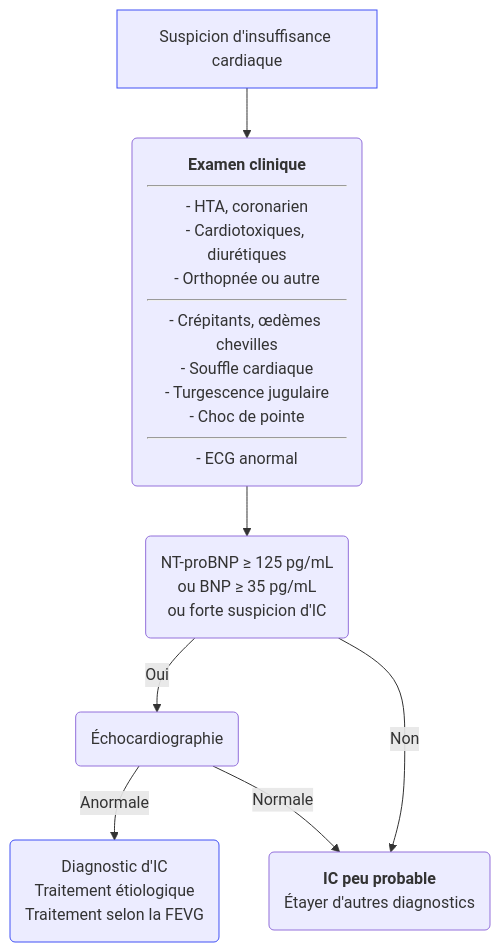
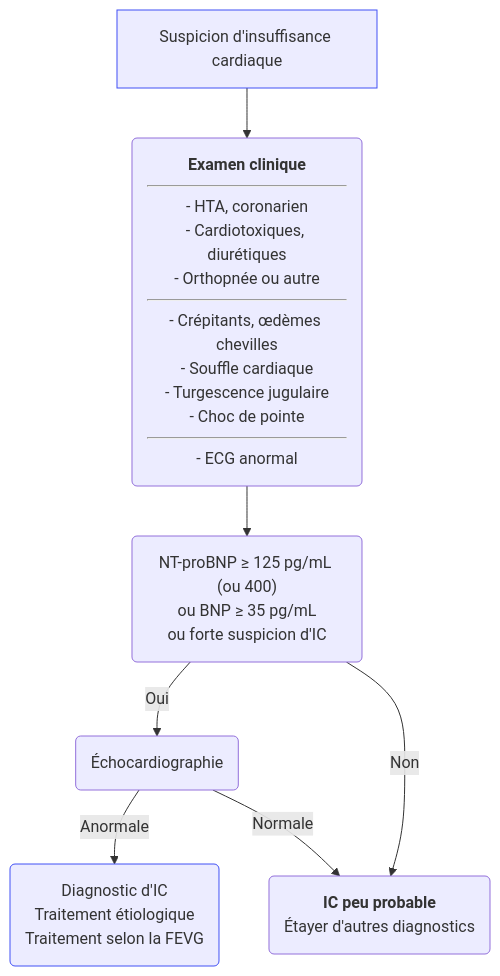
One commit to djibe/recommandations-medicales changed the first of 2 diagrams in content/recommandations/insuffisance-cardiaque-chronique.md. Above: the diagram before and after it, drawn with Mermaid. The commit also changed other lines of this file and 10 other files, not shown here.

```diff
--- a/content/recommandations/insuffisance-cardiaque-chronique.md
+++ b/content/recommandations/insuffisance-cardiaque-chronique.md
@@ -435,12 +435,12 @@
 {{< mermaid title="Prise en charge pour le diagnostic de l'insuffisance cardiaque chronique. Dr JB Fron d'après ESC 2021" >}}
 graph TB
 suspicion[Suspicion d'insuffisance cardiaque]
 style suspicion stroke:#4150f5, stroke-width:1px
   suspicion --> clinique("<b>Examen clinique</b><hr>- HTA, coronarien<br>- Cardiotoxiques, diurétiques<br>- Orthopnée ou autre<hr>- Crépitants, œdèmes chevilles<br>- Souffle cardiaque<br>- Turgescence jugulaire<br>- Choc de pointe<hr>- ECG anormal")
-    clinique --> BNP("NT-proBNP ≥ 125 pg/mL<br>ou BNP ≥ 35 pg/mL<br>ou forte suspicion d'IC")
+    clinique --> BNP("NT-proBNP ≥ 125 pg/mL (ou 400)<br>ou BNP ≥ 35 pg/mL<br>ou forte suspicion d'IC")
       BNP -- Oui --> ETT(Échocardiographie)
         ETT -- Anormale --> diagnostic("Diagnostic d'IC<br>Traitement étiologique<br>Traitement selon la FEVG")
         style diagnostic stroke:#4150f5, stroke-width:1px
         ETT -- Normale --> differentiel("<b>IC peu probable</b><br>Étayer d'autres diagnostics")
       BNP -- Non --> differentiel
 {{< /mermaid >}}
```
